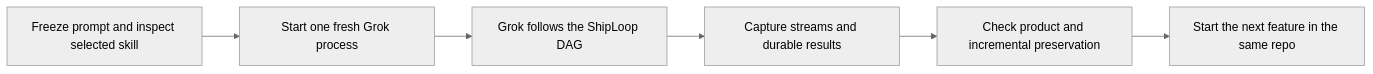
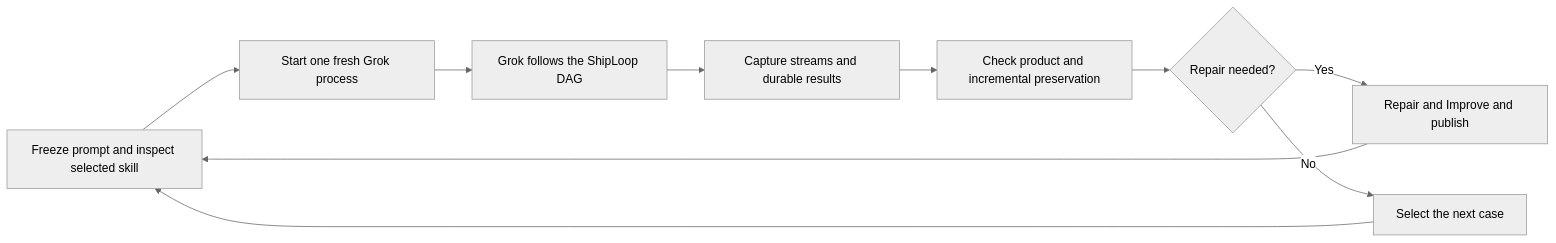
One commit to whichguy/skill-craft changed the first of 3 diagrams in plugins/shiploop-e2e-audit/skills/shiploop-e2e-audit/harness/README.md. Above: the diagram before and after it, drawn with Mermaid (neutral theme). The commit also changed other lines of this file and 36 other files, not shown here.

````diff
--- a/plugins/shiploop-e2e-audit/skills/shiploop-e2e-audit/harness/README.md
+++ b/plugins/shiploop-e2e-audit/skills/shiploop-e2e-audit/harness/README.md
@@ -3,8 +3,12 @@
 ```mermaid
 flowchart LR
     A[Freeze prompt and inspect selected skill] --> B[Start one fresh Grok process]
     B --> C[Grok follows the ShipLoop DAG]
     C --> D[Capture streams and durable results]
     D --> E[Check product and incremental preservation]
-    E --> F[Start the next feature in the same repo]
+    E --> F{Repair needed?}
+    F -- Yes --> G[Repair and Improve and publish]
+    G --> A
+    F -- No --> H[Select the next case]
+    H --> A
 ```
````
